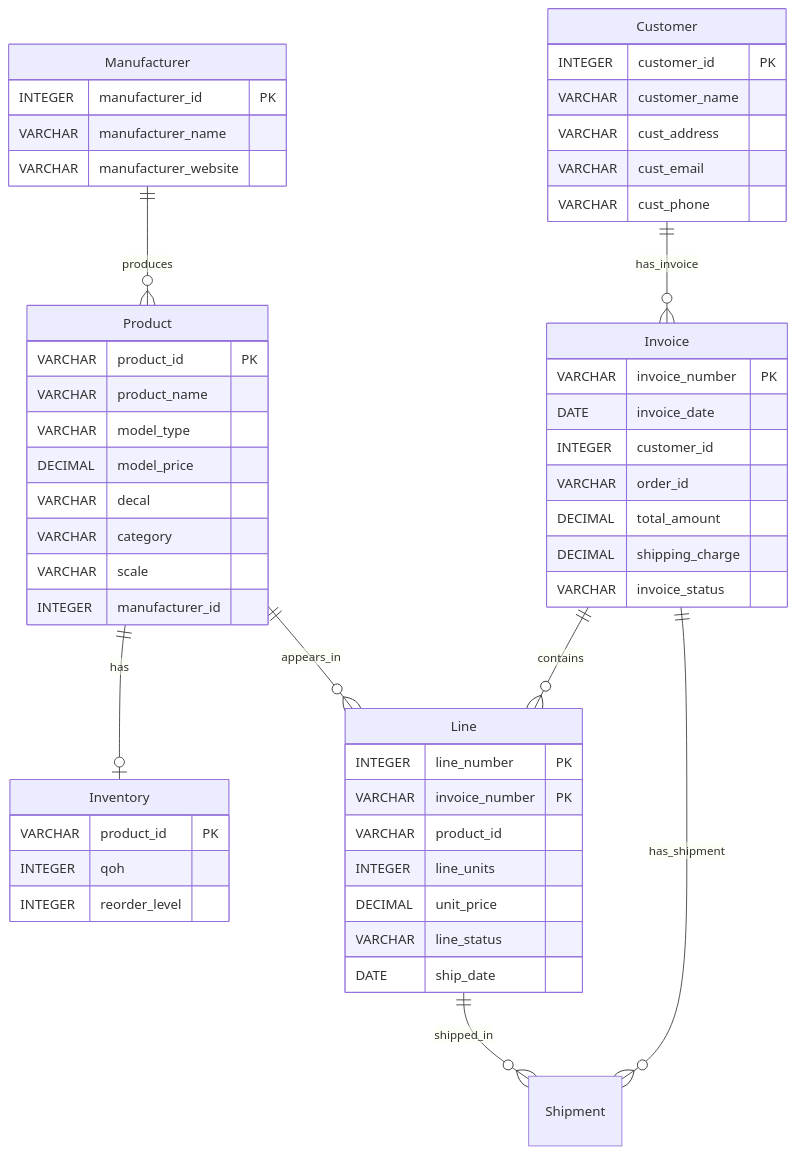
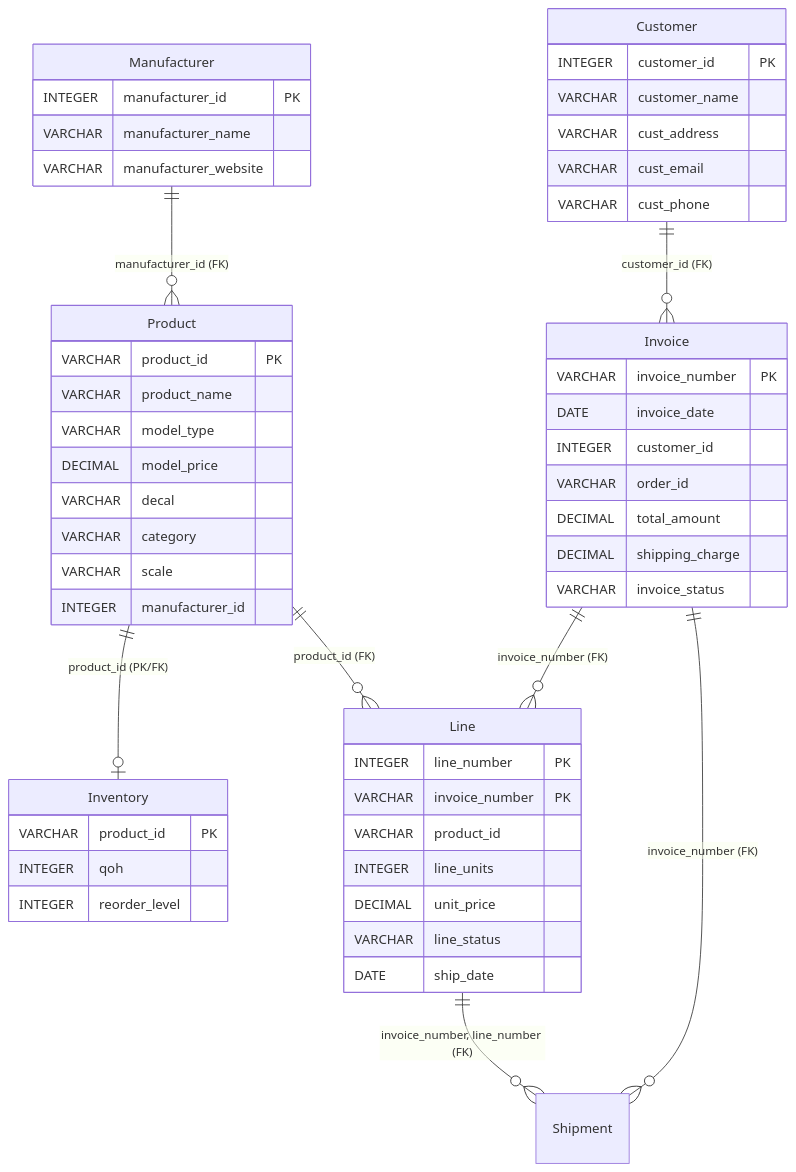
The diagram in RC_model.mmd (tmukund2-coder/ERD), drawn with Mermaid before and after one commit. The commit also changed 2 other files, not shown here.

Commit message:
Add FK labels to Mermaid, load .mmd externally in viewer, and add SQL DDL for RC_model

```diff
--- a/RC_model.mmd
+++ b/RC_model.mmd
@@ -1,60 +1,60 @@
 erDiagram
   Manufacturer {
     INTEGER manufacturer_id PK
     VARCHAR manufacturer_name
     VARCHAR manufacturer_website
   }
 
   Product {
     VARCHAR product_id PK
     VARCHAR product_name
     VARCHAR model_type
     DECIMAL model_price
     VARCHAR decal
     VARCHAR category
     VARCHAR scale
     INTEGER manufacturer_id
   }
 
   Inventory {
     VARCHAR product_id PK
     INTEGER qoh
     INTEGER reorder_level
   }
 
   Customer {
     INTEGER customer_id PK
     VARCHAR customer_name
     VARCHAR cust_address
     VARCHAR cust_email
     VARCHAR cust_phone
   }
 
   Invoice {
     VARCHAR invoice_number PK
     DATE invoice_date
     INTEGER customer_id
     VARCHAR order_id
     DECIMAL total_amount
     DECIMAL shipping_charge
     VARCHAR invoice_status
   }
 
   Line {
     INTEGER line_number PK
     VARCHAR invoice_number PK
     VARCHAR product_id
     INTEGER line_units
     DECIMAL unit_price
     VARCHAR line_status
     DATE ship_date
   }
 
   %% Relationships
-  Manufacturer ||--o{ Product : produces
-  Product ||--o| Inventory : has
-  Customer ||--o{ Invoice : "has_invoice"
-  Invoice ||--o{ Line : contains
-  Product ||--o{ Line : "appears_in"
-  Line ||--o{ Shipment : "shipped_in"
-  Invoice ||--o{ Shipment : "has_shipment"
+  Manufacturer ||--o{ Product : "manufacturer_id (FK)"
+  Product ||--o| Inventory : "product_id (PK/FK)"
+  Customer ||--o{ Invoice : "customer_id (FK)"
+  Invoice ||--o{ Line : "invoice_number (FK)"
+  Product ||--o{ Line : "product_id (FK)"
+  Line ||--o{ Shipment : "invoice_number, line_number (FK)"
+  Invoice ||--o{ Shipment : "invoice_number (FK)"
```
